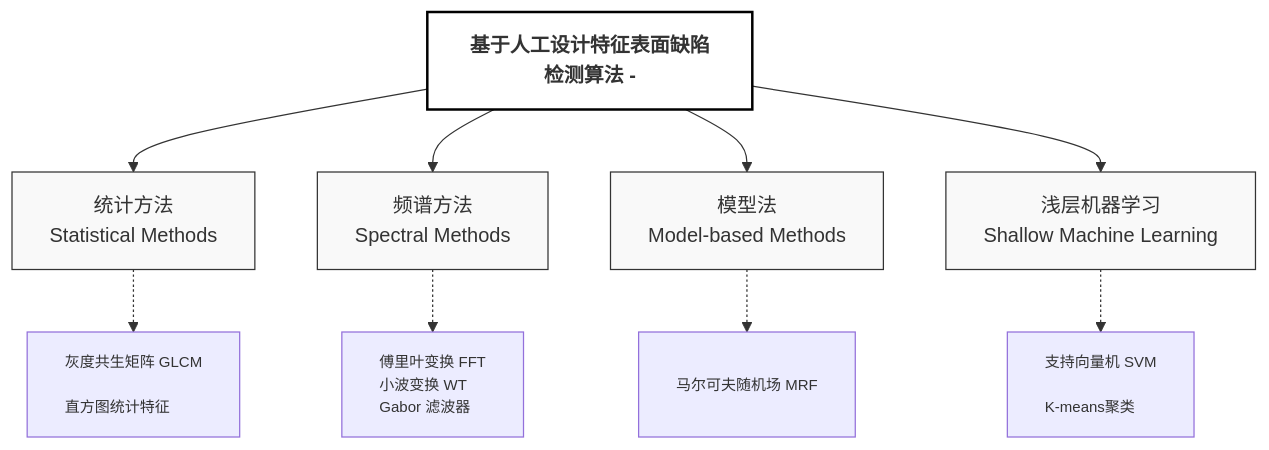
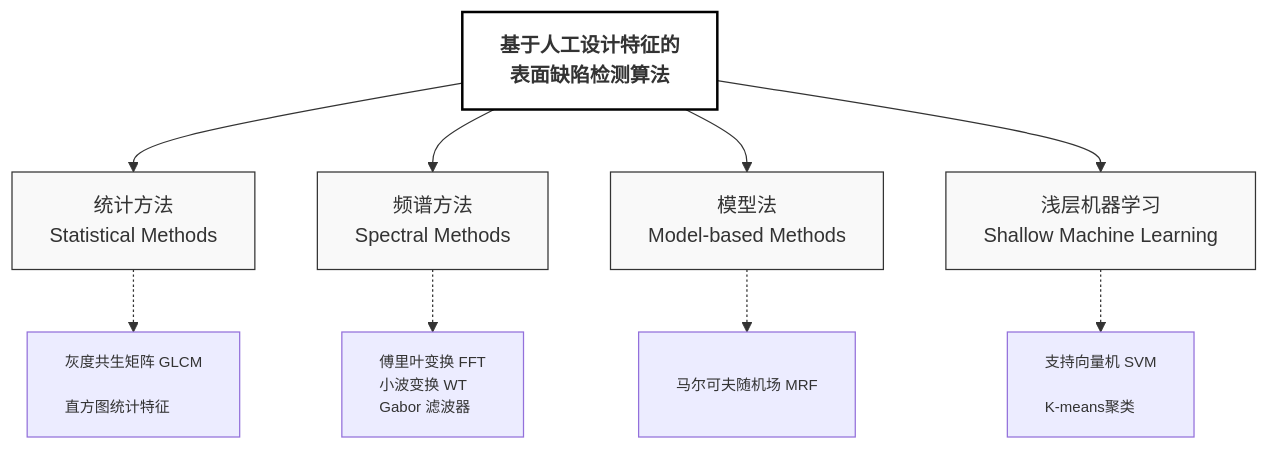
Before and after one commit to MAOSHENGsong/iodraw-files: the diagram in all/未命名-1.md, drawn with Mermaid.

Commit message:
2026-03-17 18:44:47 update

````diff
--- a/all/未命名-1.md
+++ b/all/未命名-1.md
@@ -1,41 +1,42 @@
 ```mermaid
 graph TB
     %% 核心标题
-    Main[基于人工设计特征表面缺陷检测算法 - ] 
+    Main[基于人工设计特征的
+    表面缺陷检测算法] 
     
     %% 第一层级：四大分支
     Statistical[统计方法<br/>Statistical Methods]
     Spectral[频谱方法<br/>Spectral Methods]
     Model[模型法<br/>Model-based Methods]
     Machine[浅层机器学习<br/>Shallow Machine Learning]
 
     %% 第二层级：典型算法
     Sub_Stat[灰度共生矩阵 GLCM<br/><br/>直方图统计特征]
     Sub_Spec[傅里叶变换 FFT<br/>小波变换 WT<br/>Gabor 滤波器]
     Sub_Mod[<br/>马尔可夫随机场 MRF<br/><br/>]
     Sub_Mach[支持向量机 SVM<br/><br/>K-means聚类<br/>]
 
     %% 建立连接
     Main --> Statistical
     Main --> Spectral
     Main --> Model
     Main --> Machine
 
     Statistical -.-> Sub_Stat
     Spectral -.-> Sub_Spec
     Model -.-> Sub_Mod
     Machine -.-> Sub_Mach
 
     %% 样式美化：论文通常使用白底黑字或淡色调
     style Main fill:#ffffff,stroke:#000,stroke-width:2px,font-weight:bold
     style Statistical fill:#f9f9f9,stroke:#333,stroke-width:1px
     style Spectral fill:#f9f9f9,stroke:#333,stroke-width:1px
     style Model fill:#f9f9f9,stroke:#333,stroke-width:1px
     style Machine fill:#f9f9f9,stroke:#333,stroke-width:1px
     
     %% 细化子项样式
     style Sub_Stat font-size:12px,text-align:left
     style Sub_Spec font-size:12px,text-align:left
     style Sub_Mod font-size:12px,text-align:left
     style Sub_Mach font-size:12px,text-align:left
 ```
````
